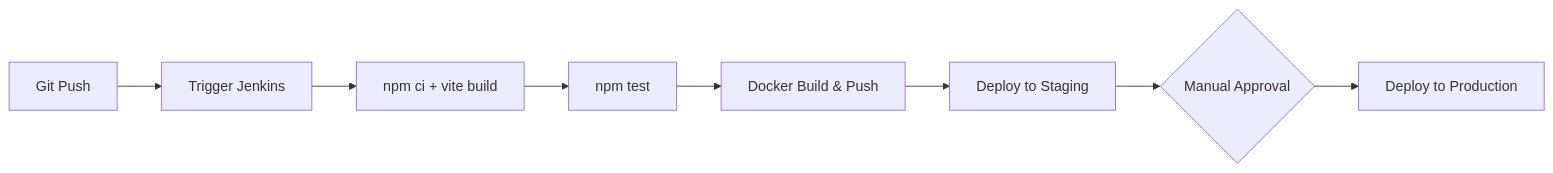
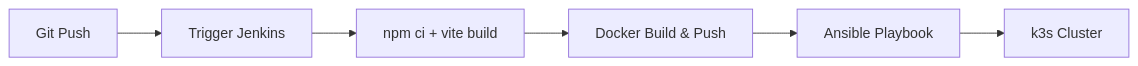
The second of 3 diagrams in README.md (mdahamshi/top-members), drawn with Mermaid before and after one commit. The commit also changed other lines of this file and 2 other files, not shown here.

````diff
--- a/README.md
+++ b/README.md
@@ -52,10 +55,8 @@
 ```mermaid
 flowchart LR
     Push[Git Push] --> Jenkins[Trigger Jenkins]
     Jenkins --> Build[npm ci + vite build]
-    Build --> Test[npm test]
-    Test --> Docker[Docker Build & Push]
-    Docker --> Staging[Deploy to Staging]
-    Staging --> Approval{Manual Approval}
-    Approval --> Prod[Deploy to Production]
+    Build --> Docker[Docker Build & Push]
+    Docker --> Ansible[Ansible Playbook]
+    Ansible --> K8s[k3s Cluster]
 ```
````
